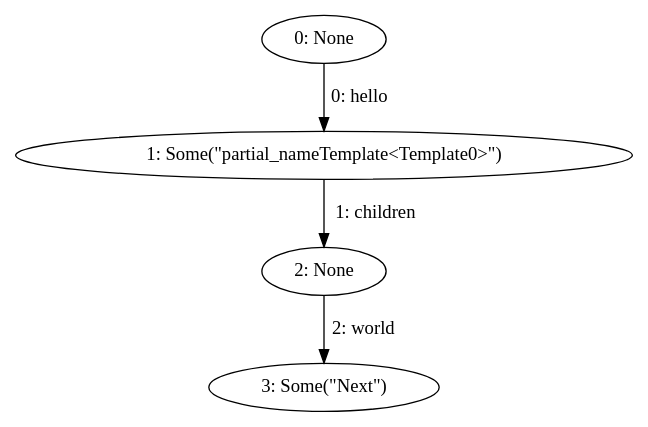
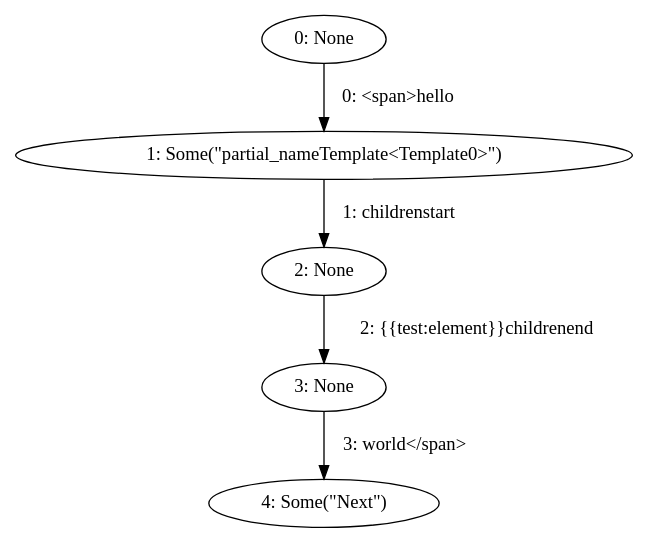
Before and after one commit to mohe2015/zero-cost-templating: the diagram in partial_block.dot, drawn with Graphviz. The commit also changed 1 other file, not shown here.

```diff
--- a/partial_block.dot
+++ b/partial_block.dot
@@ -1,9 +1,11 @@
 digraph {
     0 [ label = "0: None" ]
     1 [ label = "1: Some(\"partial_nameTemplate<Template0>\")" ]
     2 [ label = "2: None" ]
-    3 [ label = "3: Some(\"Next\")" ]
-    0 -> 1 [ label = "0: hello" ]
-    1 -> 2 [ label = "1: children" ]
-    2 -> 3 [ label = "2: world" ]
+    3 [ label = "3: None" ]
+    4 [ label = "4: Some(\"Next\")" ]
+    0 -> 1 [ label = "0: <span>hello" ]
+    1 -> 2 [ label = "1: childrenstart" ]
+    2 -> 3 [ label = "2: {{test:element}}childrenend" ]
+    3 -> 4 [ label = "3: world</span>" ]
 }
```
